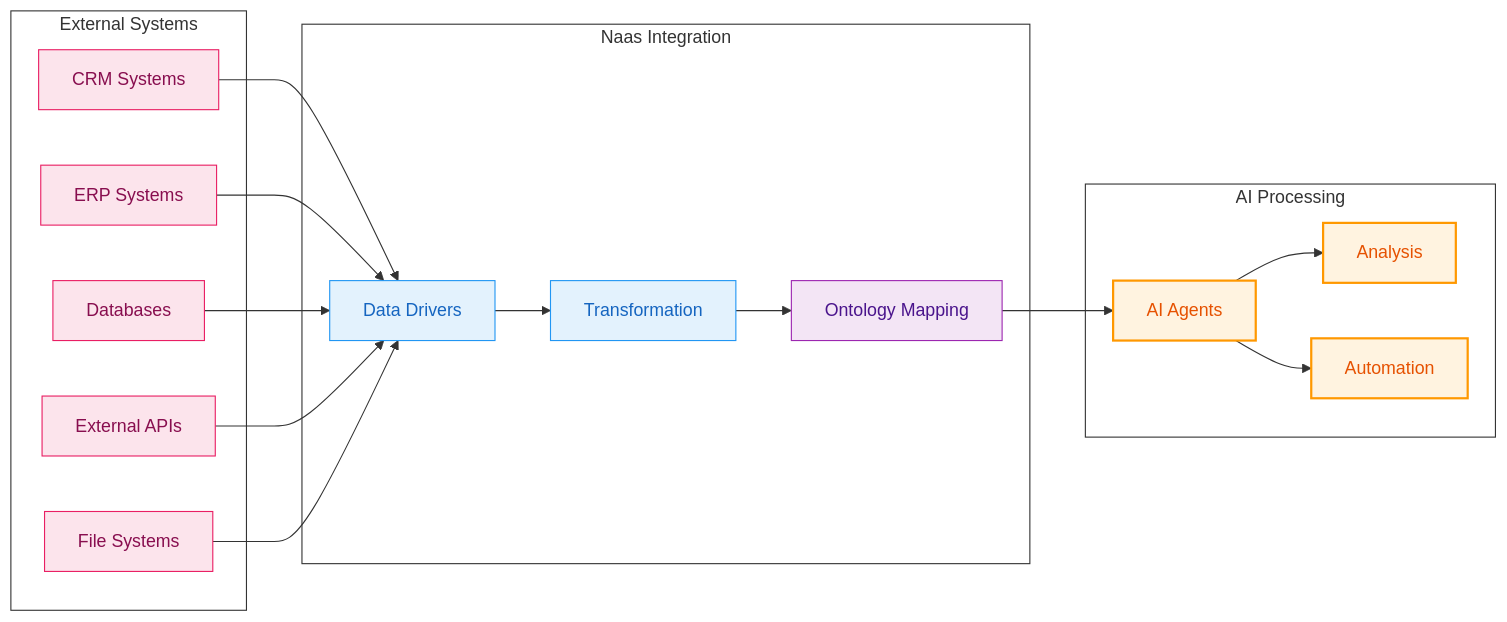
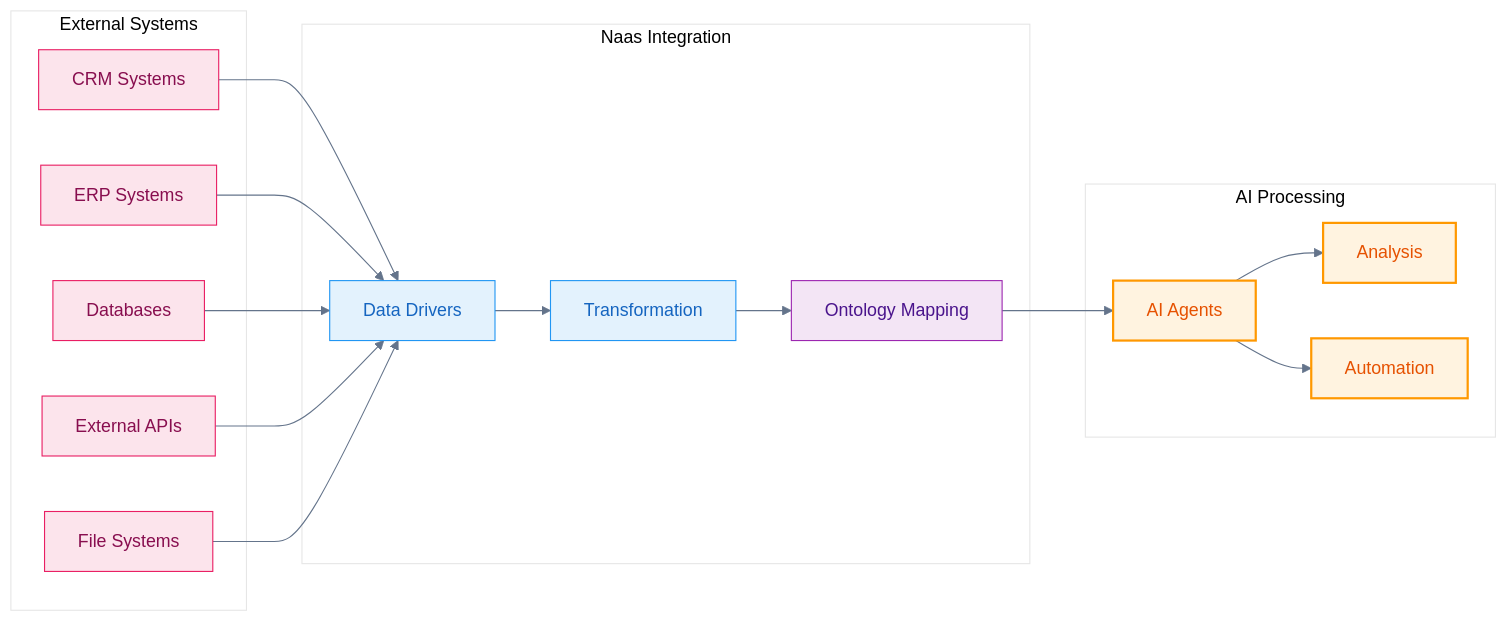
Before and after one commit to jupyter-naas/docs: the second of 2 diagrams in site/docs/scale/architecture/overview.md, drawn with Mermaid. The commit also changed other lines of this file and 1 other file, not shown here.

Commit message:
fix: Use exact same Mermaid theme configuration as platform overview
✅ Applied identical styling pattern from introduction.md:

🎯 Theme Configuration Applied:
- %%{init: {'theme':'base', 'themeVariables': {'primaryColor': '#f8fafc', 'primaryTextColor': '#1e293b', 'primaryBorderColor': '#e2e8f0', 'lineColor': '#64748b'}}}%%
- Ensures white subgraph backgrounds in both light and dark modes
- Matches platform overview exactly

📋 Updated Files:
- /scale/architecture/overview.md - Both diagrams now use theme config
- _mermaid-styles.md - Updated template with correct pattern
- Removed complex subgraph styling attempts

🔍 Solution:
- Used exact same theme configuration as platform overview
- Standard subgraph syntax: subgraph "Title" (no ID needed)
- Global color control through theme variables
- Consistent white backgrounds across all diagrams

Now scale/architecture/overview#platform-architecture matches the platform overview styling perfectly.

````diff
--- a/site/docs/scale/architecture/overview.md
+++ b/site/docs/scale/architecture/overview.md
@@ -110,48 +109,47 @@
 ```mermaid
+%%{init: {'theme':'base', 'themeVariables': {'primaryColor': '#f8fafc', 'primaryTextColor': '#1e293b', 'primaryBorderColor': '#e2e8f0', 'lineColor': '#64748b'}}}%%
 graph LR
-    subgraph EXT_SYS ["External Systems"]
+    subgraph "External Systems"
         CRM[CRM Systems]
         ERP[ERP Systems]  
         DB[Databases]
         EXTAPI[External APIs]
         FILES[File Systems]
     end
     
-    subgraph NAAS_INT ["Naas Integration"]
+    subgraph "Naas Integration"
         DRIVERS[Data Drivers]
         TRANSFORM[Transformation]
         ONTOLOGY[Ontology Mapping]
     end
     
-    subgraph AI_PROC ["AI Processing"]
+    subgraph "AI Processing"
         AGENTS[AI Agents]
         ANALYSIS[Analysis]
         AUTOMATION[Automation]
     end
     
     CRM --> DRIVERS
     ERP --> DRIVERS
     DB --> DRIVERS
     EXTAPI --> DRIVERS
     FILES --> DRIVERS
     
     DRIVERS --> TRANSFORM
     TRANSFORM --> ONTOLOGY
     ONTOLOGY --> AGENTS
     
     AGENTS --> ANALYSIS
     AGENTS --> AUTOMATION
     
     classDef userExp fill:#e8f5e8,stroke:#4caf50,stroke-width:2px,color:#2e7d32
     classDef platform fill:#e3f2fd,stroke:#2196f3,stroke-width:1px,color:#1565c0
     classDef aiEngine fill:#fff3e0,stroke:#ff9800,stroke-width:2px,color:#e65100
     classDef dataLayer fill:#f3e5f5,stroke:#9c27b0,stroke-width:1px,color:#4a148c
     classDef infrastructure fill:#fce4ec,stroke:#e91e63,stroke-width:1px,color:#880e4f
-    classDef subgraphClear fill:none,stroke:#333,stroke-width:1px,color:#333
     
     class CRM,ERP,DB,EXTAPI,FILES infrastructure
     class DRIVERS,TRANSFORM platform
     class ONTOLOGY dataLayer
     class AGENTS,ANALYSIS,AUTOMATION aiEngine
-    class EXT_SYS,NAAS_INT,AI_PROC subgraphClear
 ```
````
